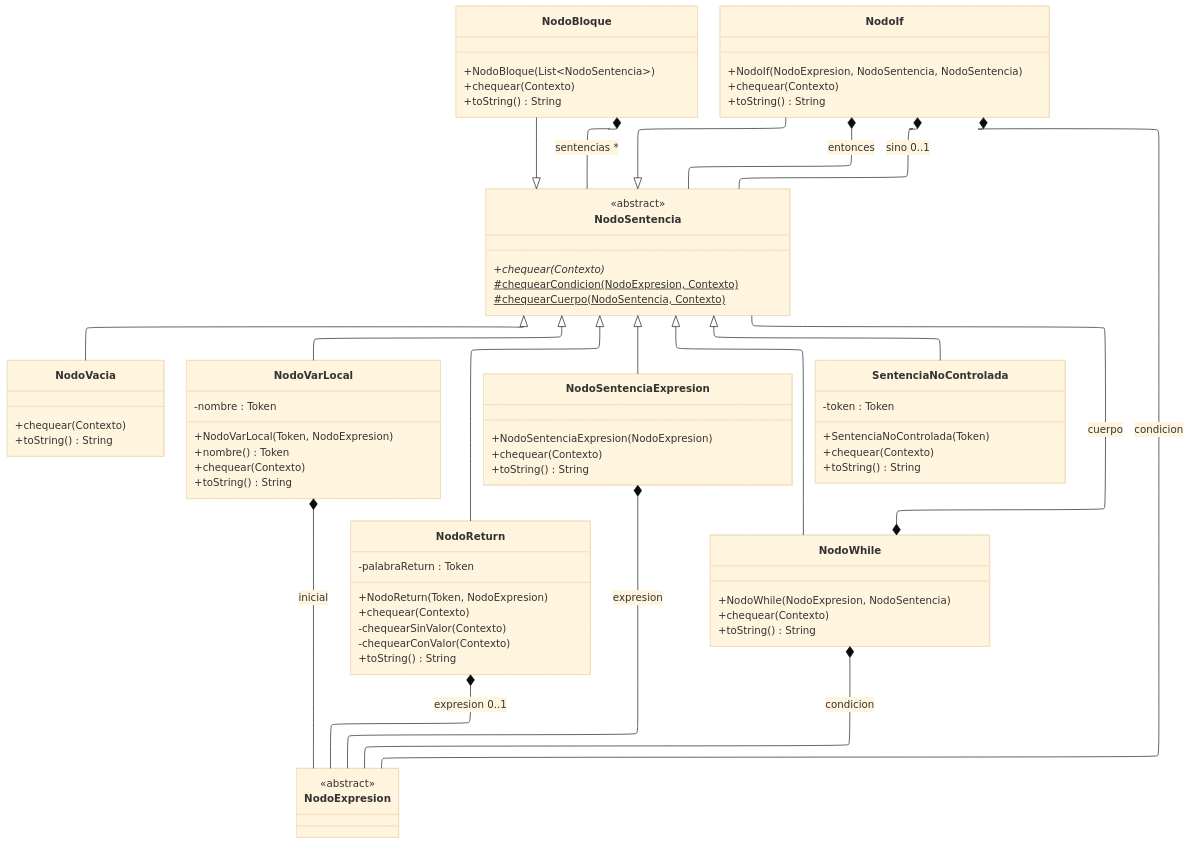
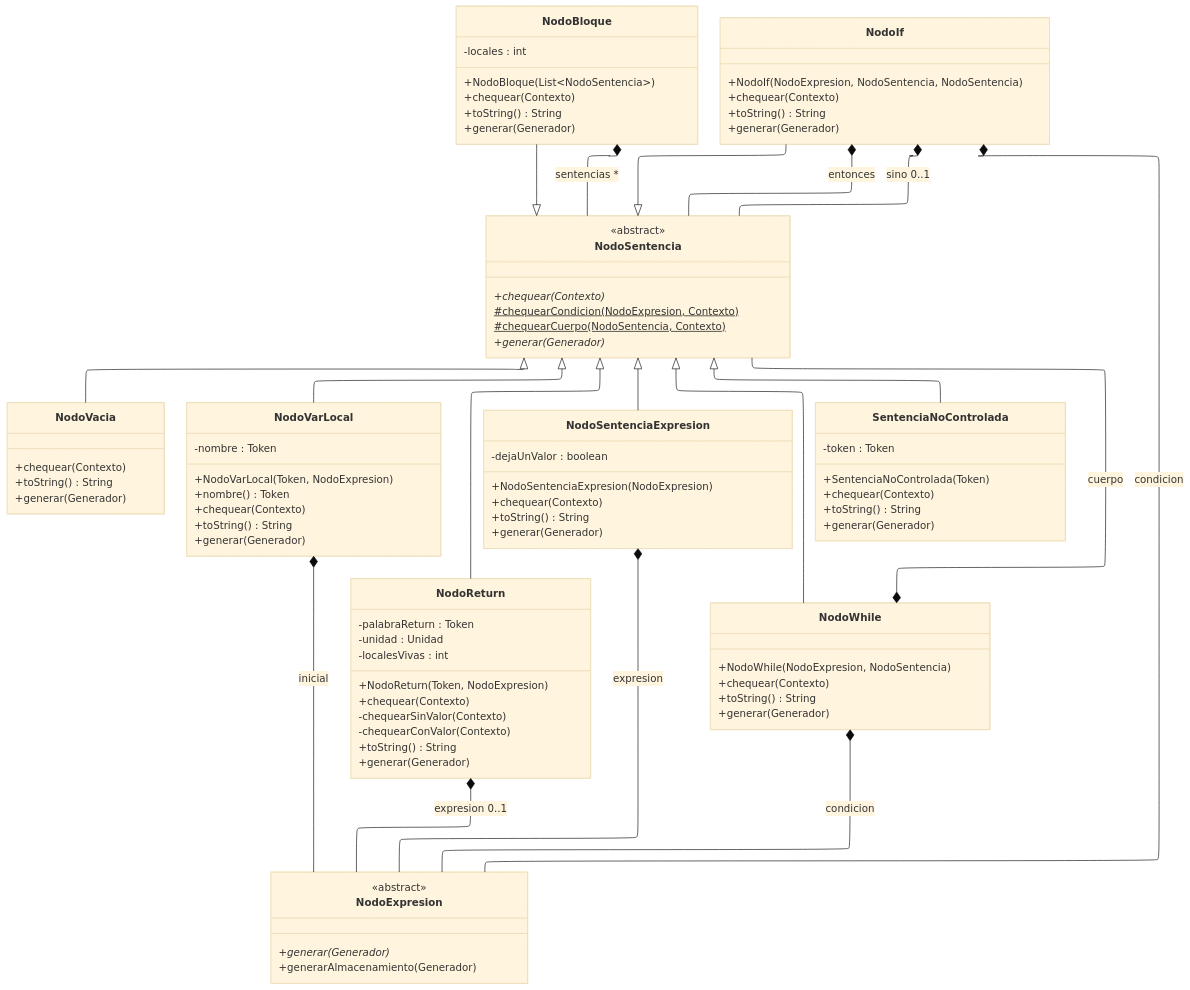
One commit to agustinpaul0/Proyecto-CEI changed the second of 5 diagrams in documentacion/sentencias/arquitectura-del-chequeo-de-sentencias.md. Above: the diagram before and after it, drawn with Mermaid (base theme). The commit also changed other lines of this file and 27 other files, not shown here.

```diff
--- a/documentacion/sentencias/arquitectura-del-chequeo-de-sentencias.md
+++ b/documentacion/sentencias/arquitectura-del-chequeo-de-sentencias.md
@@ -94,15 +95,19 @@
         +chequear(Contexto)*
         #chequearCondicion(NodoExpresion, Contexto)$
         #chequearCuerpo(NodoSentencia, Contexto)$
+        +generar(Generador)*
     }
     class NodoBloque {
         +NodoBloque(List~NodoSentencia~)
         +chequear(Contexto)
         +toString() String
+        -locales : int
+        +generar(Generador)
     }
     class NodoVacia {
         +chequear(Contexto)
         +toString() String
+        +generar(Generador)
     }
     class NodoVarLocal {
         -nombre : Token
@@ -110,6 +115,7 @@
         +nombre() Token
         +chequear(Contexto)
         +toString() String
+        +generar(Generador)
     }
     class NodoReturn {
         -palabraReturn : Token
@@ -118,30 +124,40 @@
         -chequearSinValor(Contexto)
         -chequearConValor(Contexto)
         +toString() String
+        -unidad : Unidad
+        -localesVivas : int
+        +generar(Generador)
     }
     class NodoIf {
         +NodoIf(NodoExpresion, NodoSentencia, NodoSentencia)
         +chequear(Contexto)
         +toString() String
+        +generar(Generador)
     }
     class NodoWhile {
         +NodoWhile(NodoExpresion, NodoSentencia)
         +chequear(Contexto)
         +toString() String
+        +generar(Generador)
     }
     class NodoSentenciaExpresion {
         +NodoSentenciaExpresion(NodoExpresion)
         +chequear(Contexto)
         +toString() String
+        -dejaUnValor : boolean
+        +generar(Generador)
     }
     class SentenciaNoControlada {
         -token : Token
         +SentenciaNoControlada(Token)
         +chequear(Contexto)
         +toString() String
+        +generar(Generador)
     }
     class NodoExpresion {
         <<abstract>>
+        +generar(Generador)*
+        +generarAlmacenamiento(Generador)
     }
     NodoSentencia <|-- NodoBloque
     NodoSentencia <|-- NodoVacia
```
